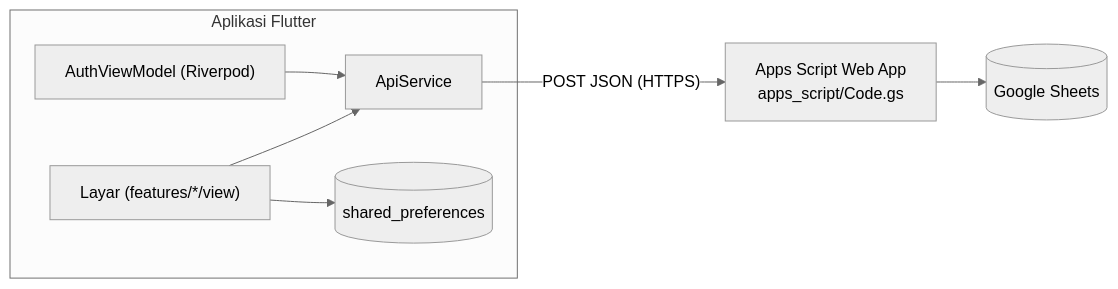
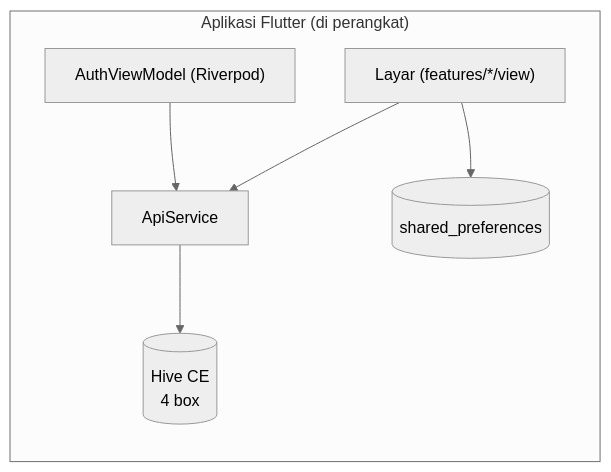
Before and after one commit to wahyuabied1/flutter-ringkas: the first of 2 diagrams in docs/wiki/Arsitektur.md, drawn with Mermaid (neutral theme). The commit also changed other lines of this file and 21 other files, not shown here.

First line of the commit message:
Replace Google Sheets backend with local Hive CE storage

````diff
--- a/docs/wiki/Arsitektur.md
+++ b/docs/wiki/Arsitektur.md
@@ -5,10 +5,9 @@
 ```mermaid
 flowchart LR
-    subgraph App["Aplikasi Flutter"]
+    subgraph App["Aplikasi Flutter (di perangkat)"]
         V["Layar (features/*/view)"] --> A["ApiService"]
         VM["AuthViewModel (Riverpod)"] --> A
+        A --> H[("Hive CE<br/>4 box")]
         V --> P[("shared_preferences")]
     end
-    A -- "POST JSON (HTTPS)" --> S["Apps Script Web App<br/>apps_script/Code.gs"]
-    S --> G[("Google Sheets")]
 ```
````
